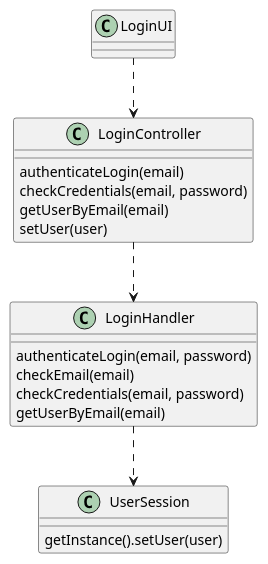
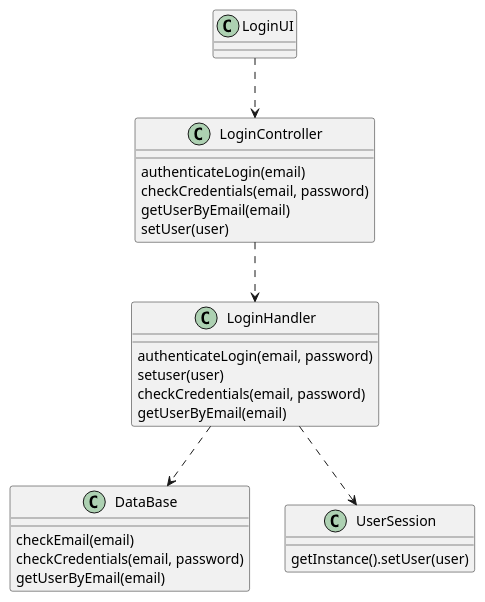
One commit to 1190452/LAPR3 changed the diagram in Documents/UC2/CD.puml. Above: the diagram before and after it, drawn with PlantUML. The commit also changed 4 other files, not shown here.

```diff
--- a/Documents/UC2/CD.puml
+++ b/Documents/UC2/CD.puml
@@ -1,31 +1,38 @@
 @startuml
 
 class LoginController {
   authenticateLogin(email)
   checkCredentials(email, password)
   getUserByEmail(email)
   setUser(user)
 }
 
 
 class LoginUI {
 }
 
+class DataBase {
+ checkEmail(email)
+  checkCredentials(email, password)
+  getUserByEmail(email)
+}
+
 class UserSession {
 getInstance().setUser(user)
 }
 
 
 class LoginHandler {
   authenticateLogin(email, password)
-  checkEmail(email)
+  setuser(user)
   checkCredentials(email, password)
   getUserByEmail(email)
 }
 
 LoginUI ..> LoginController
 LoginController ..> LoginHandler
 LoginHandler ..> UserSession
+LoginHandler ..> DataBase
 
 
 @enduml
```
